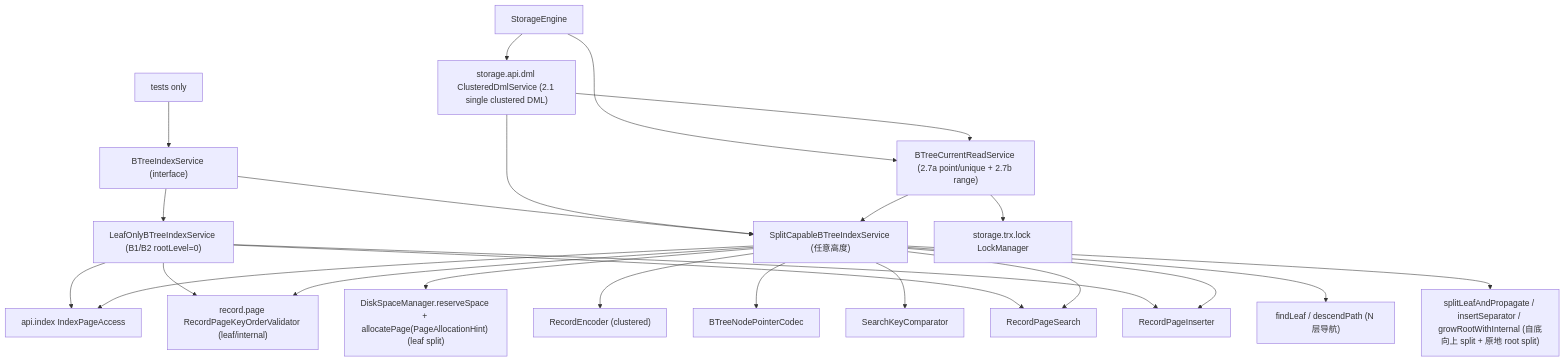
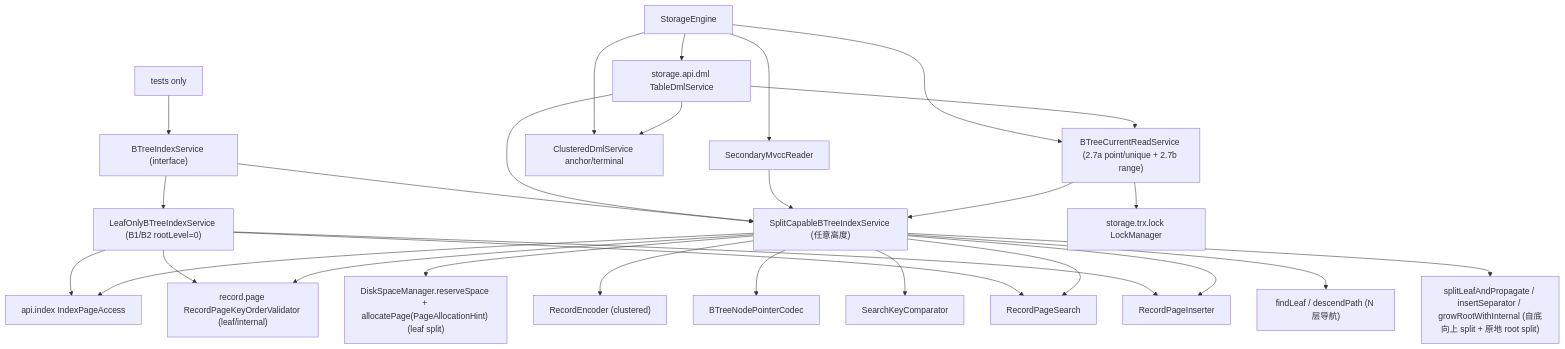
One commit to mywnlb/dbtest changed the fourth of 11 diagrams in docs/design/current-implementation-map.md. Above: the diagram before and after it, drawn with Mermaid. The commit also changed other lines of this file and 119 other files, not shown here.

Commit message:
feat(storage): complete secondary index MVCC and purge

````diff
--- a/docs/design/current-implementation-map.md
+++ b/docs/design/current-implementation-map.md
@@ -217,27 +217,31 @@
 ```mermaid
 flowchart TD
   Facade["BTreeIndexService (interface)"]
   Facade --> Leaf["LeafOnlyBTreeIndexService (B1/B2 rootLevel=0)"]
   Facade --> Split["SplitCapableBTreeIndexService (任意高度)"]
   Leaf --> PageAccess["api.index IndexPageAccess"]
   Split --> PageAccess
   Leaf --> KeyOrderValidator["record.page RecordPageKeyOrderValidator (leaf/internal)"]
   Split --> KeyOrderValidator
   Split --> Disk["DiskSpaceManager.reserveSpace + allocatePage(PageAllocationHint) (leaf split)"]
   Split --> RecordEncoder["RecordEncoder (clustered)"]
   Split --> PtrCodec["BTreeNodePointerCodec"]
   Split --> KeyCmp["SearchKeyComparator"]
   Leaf --> RSearch["RecordPageSearch"]
   Split --> RSearch
   Leaf --> RInserter["RecordPageInserter"]
   Split --> RInserter
   Split --> Descend["findLeaf / descendPath (N 层导航)"]
   Split --> SplitEngine["splitLeafAndPropagate / insertSeparator / growRootWithInternal (自底向上 split + 原地 root split)"]
   Engine["StorageEngine"] --> CurrentRead["BTreeCurrentReadService (2.7a point/unique + 2.7b range)"]
-  Engine --> DML["storage.api.dml ClusteredDmlService (2.1 single clustered DML)"]
+  Engine --> DML["storage.api.dml TableDmlService"]
+  Engine --> ClusteredDML["ClusteredDmlService anchor/terminal"]
+  DML --> ClusteredDML
   DML --> CurrentRead
   DML --> Split
+  Engine --> SecondaryMvcc["SecondaryMvccReader"]
+  SecondaryMvcc --> Split
   CurrentRead --> Split
   CurrentRead --> LockMgr["storage.trx.lock LockManager"]
   Tests["tests only"] --> Facade
 ```
````
